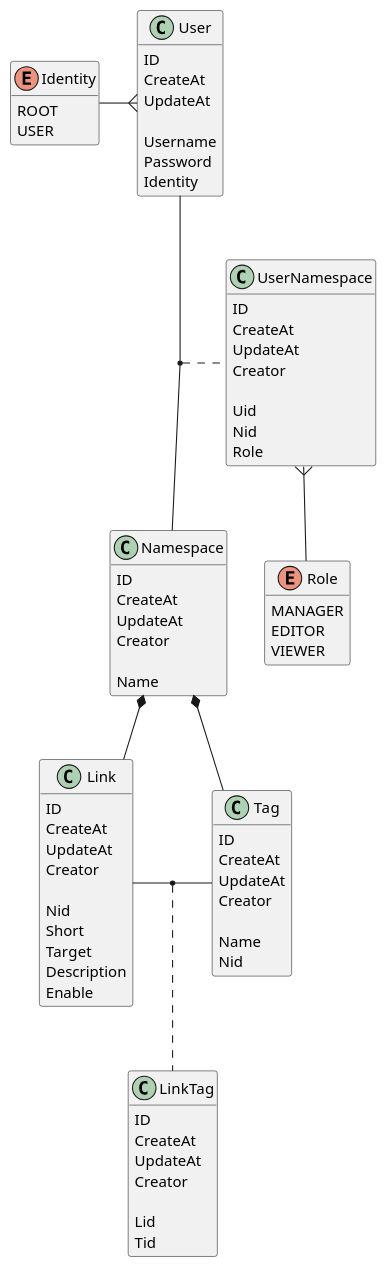
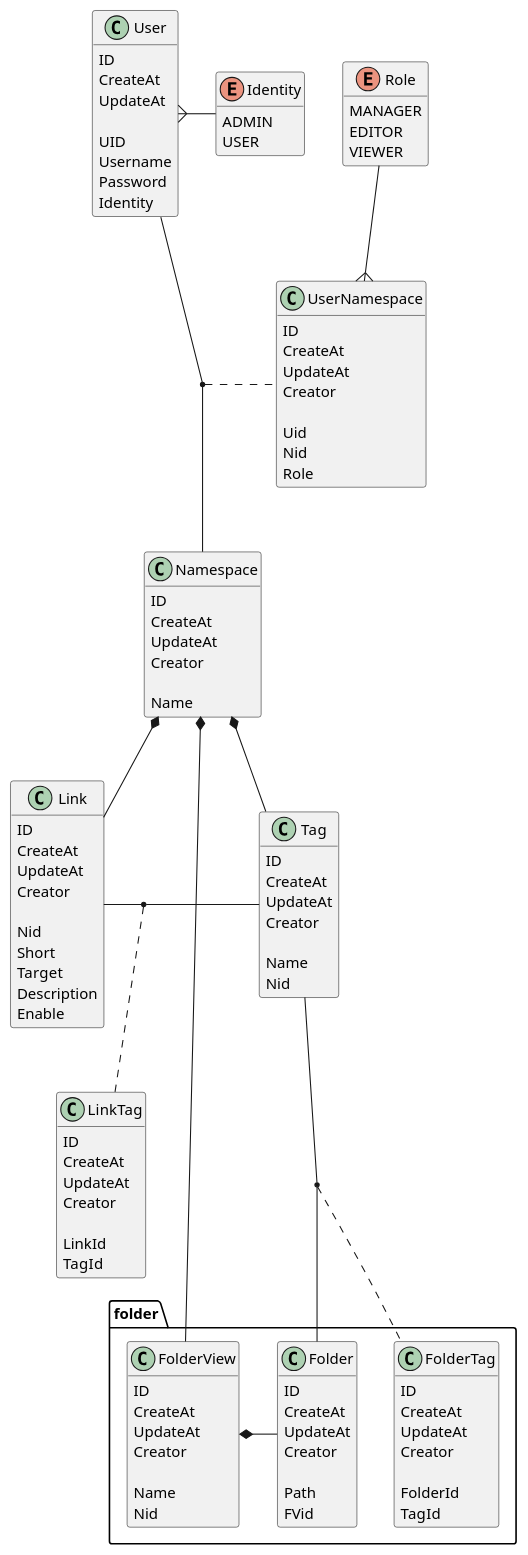
One commit to mykg-ai/rua changed the first of 3 diagrams in design/model.md. Above: the diagram before and after it, drawn with PlantUML. The commit also changed other lines of this file and 26 other files, not shown here.

````diff
--- a/design/model.md
+++ b/design/model.md
@@ -43,27 +42,15 @@
 	CreateAt
 	UpdateAt
 
+  UID
   Username
   Password
   Identity
 }
 
 enum Identity {
-  ROOT
+  ADMIN
   USER
-}
-
-class Link {
-  ID
-	CreateAt
-	UpdateAt
-	Creator
-
-  Nid
-  Short
-  Target
-  Description
-  Enable
 }
 
 class UserNamespace {
@@ -83,6 +70,19 @@
   VIEWER
 }
 
+class Link {
+  ID
+	CreateAt
+	UpdateAt
+	Creator
+
+  Nid
+  Short
+  Target
+  Description
+  Enable
+}
+
 class Tag {
   ID
 	CreateAt
@@ -99,12 +99,44 @@
 	UpdateAt
 	Creator
 
-  Lid
-  Tid
+  LinkId
+  TagId
+}
+
+package folder{
+  class FolderView {
+    ID
+    CreateAt
+    UpdateAt
+    Creator
+
+    Name
+    Nid
+  }
+
+  class Folder {
+    ID
+    CreateAt
+    UpdateAt
+    Creator
+
+    Path
+    FVid
+  }
+
+  class FolderTag {
+    ID
+    CreateAt
+    UpdateAt
+    Creator
+
+    FolderId
+    TagId
+  }
 }
 
 User }-left- Identity
-UserNamespace }-- Role
+UserNamespace }-up- Role
 "Namespace" *-- Link
 "Namespace" *-- Tag
 
@@ -114,6 +146,11 @@
 Link -right- Tag
 (Link, Tag) . LinkTag
 
+Namespace *-right- FolderView
+FolderView *-right- Folder
+(Tag, Folder) . FolderTag
+
+
 hide methods
 @enduml
 ```
````
